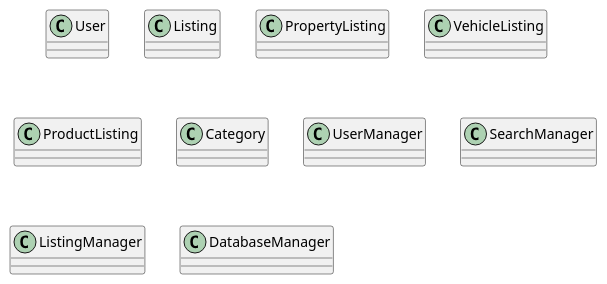
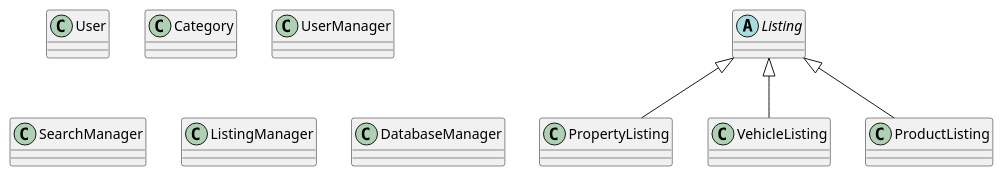
One commit to hos22181/pos-projekt changed the diagram in POS_Projekt/src/datamodel.puml. Above: the diagram before and after it, drawn with PlantUML.

Commit message:
.puml file edit

```diff
--- a/POS_Projekt/src/datamodel.puml
+++ b/POS_Projekt/src/datamodel.puml
@@ -1,17 +1,22 @@
 @startuml
 
 class User
 
-class Listing
+abstract class Listing
 class PropertyListing
 class VehicleListing
 class ProductListing
+
+Listing <|--PropertyListing
+Listing <|--ProductListing
+Listing <|--VehicleListing
+
 
 class Category
 
 class UserManager
 class SearchManager
 class ListingManager
 class DatabaseManager
 
 @enduml
```
